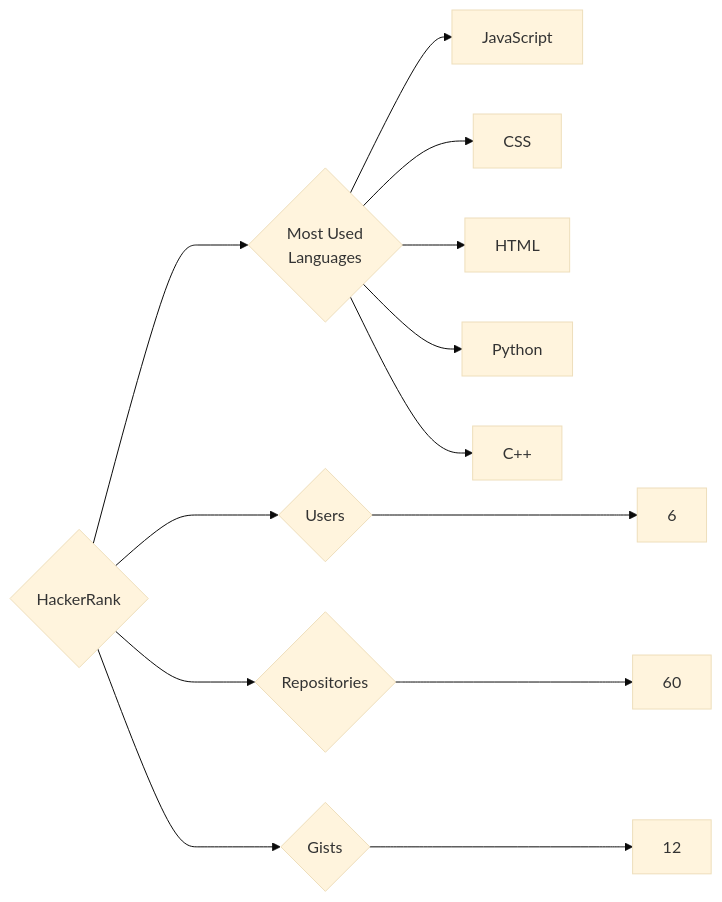
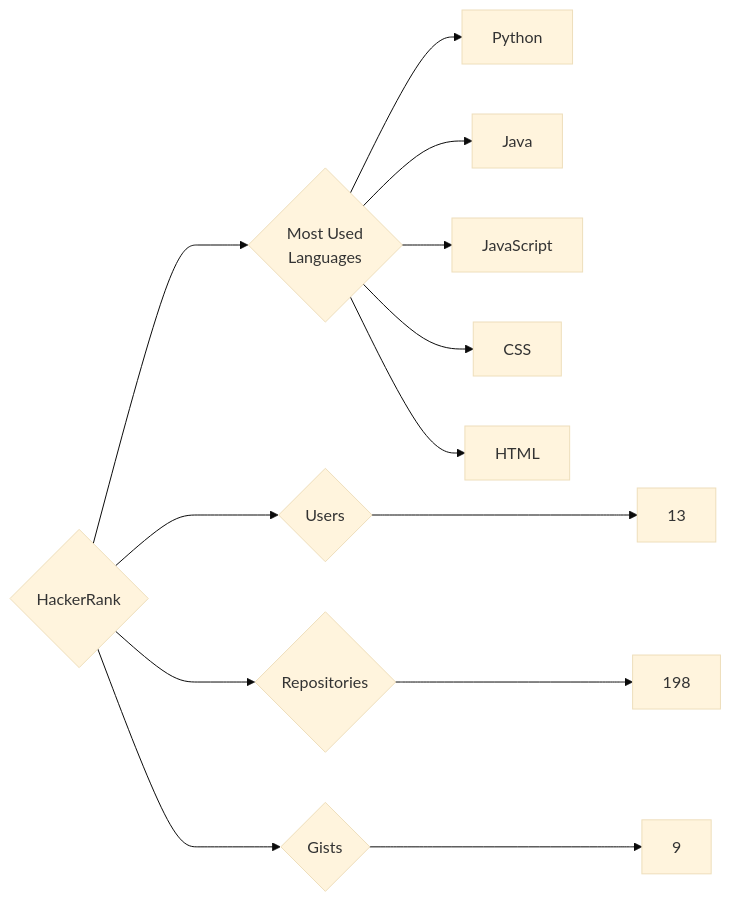
The diagram in targets/HackerRank/README.md (trickest/insiders), drawn with Mermaid (base theme) before and after one commit. The commit also changed 948 other files, not shown here.

````diff
--- a/targets/HackerRank/README.md
+++ b/targets/HackerRank/README.md
@@ -3,13 +3,13 @@
 ```mermaid
 graph LR
 COMPANY_NAME{HackerRank}
-COMPANY_NAME ---> U{Users} ---> UN[6]
-COMPANY_NAME ---> R{Repositories} ---> RN[60]
-COMPANY_NAME ---> G{Gists} ---> GN[12]
+COMPANY_NAME ---> U{Users} ---> UN[13]
+COMPANY_NAME ---> R{Repositories} ---> RN[198]
+COMPANY_NAME ---> G{Gists} ---> GN[9]
 COMPANY_NAME ---> ML{Most Used<br>Languages}
+ML --> Python[Python]
+ML --> Java[Java]
 ML --> JavaScript[JavaScript]
 ML --> CSS[CSS]
 ML --> HTML[HTML]
-ML --> Python[Python]
-ML --> C++[C++]
 ```
````
